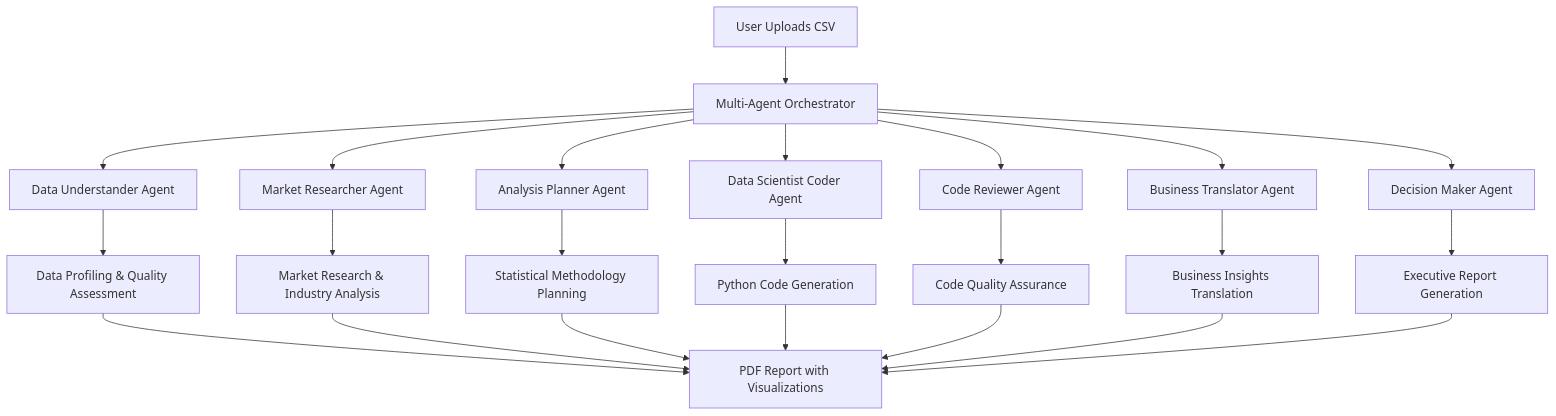
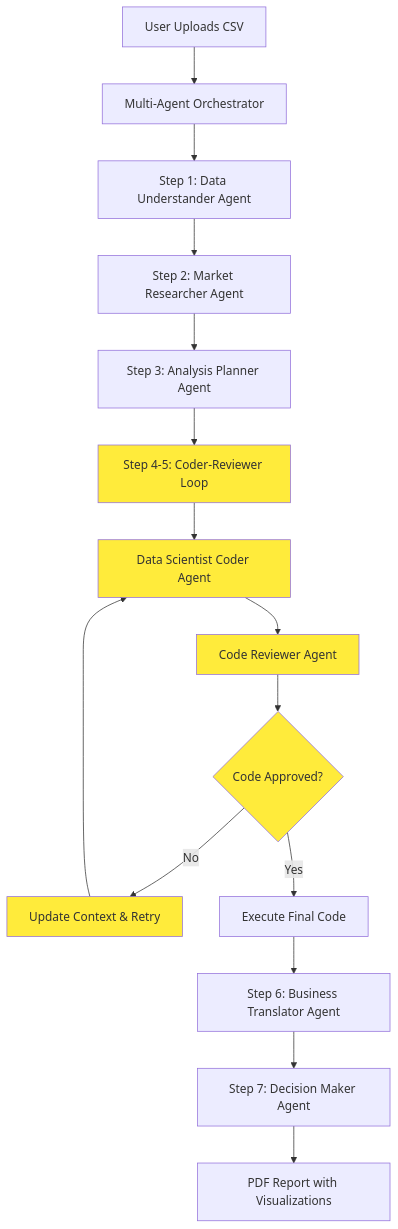
Before and after one commit to Nassirx1/Multi-Agent-Analytics-System: the diagram in README.md, drawn with Mermaid. The commit also changed other lines of this file, not shown here.

````diff
--- a/README.md
+++ b/README.md
@@ -92,27 +92,26 @@
 ```mermaid
 graph TD
     A[User Uploads CSV] --> B[Multi-Agent Orchestrator]
-    B --> C[Data Understander Agent]
-    B --> D[Market Researcher Agent]
-    B --> E[Analysis Planner Agent]
-    B --> F[Data Scientist Coder Agent]
-    B --> G[Code Reviewer Agent]
-    B --> H[Business Translator Agent]
-    B --> I[Decision Maker Agent]
     
-    C --> J[Data Profiling & Quality Assessment]
-    D --> K[Market Research & Industry Analysis]
-    E --> L[Statistical Methodology Planning]
-    F --> M[Python Code Generation]
-    G --> N[Code Quality Assurance]
-    H --> O[Business Insights Translation]
-    I --> P[Executive Report Generation]
+    B --> C[Step 1: Data Understander Agent]
+    C --> D[Step 2: Market Researcher Agent]
+    D --> E[Step 3: Analysis Planner Agent]
     
-    J --> Q[PDF Report with Visualizations]
-    K --> Q
-    L --> Q
-    M --> Q
-    N --> Q
-    O --> Q
-    P --> Q
+    E --> F[Step 4-5: Coder-Reviewer Loop]
+    F --> G[Data Scientist Coder Agent]
+    G --> H[Code Reviewer Agent]
+    H --> I{Code Approved?}
+    I -->|No| J[Update Context & Retry]
+    J --> G
+    I -->|Yes| K[Execute Final Code]
+    
+    K --> L[Step 6: Business Translator Agent]
+    L --> M[Step 7: Decision Maker Agent]
+    M --> N[PDF Report with Visualizations]
+    
+    style F fill:#ffeb3b
+    style G fill:#ffeb3b
+    style H fill:#ffeb3b
+    style I fill:#ffeb3b
+    style J fill:#ffeb3b
 ```
````
